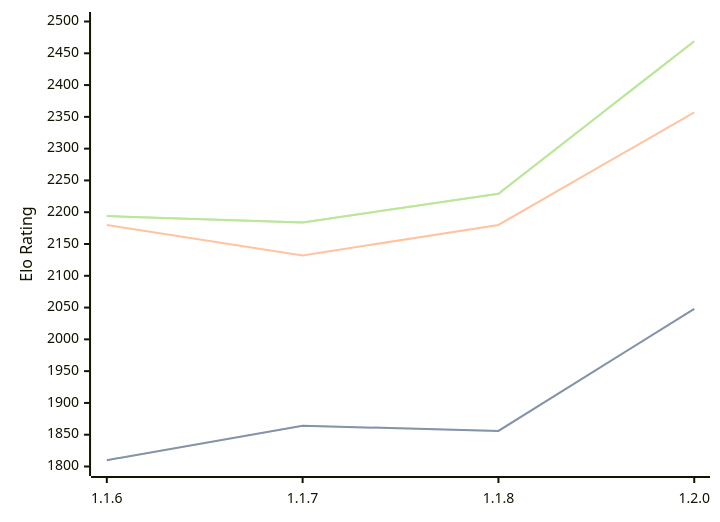
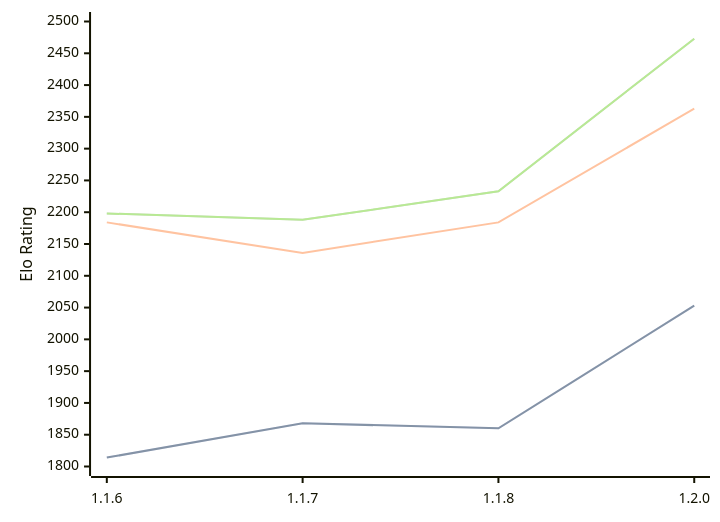
The diagram in engines/Soomi.md (computer-chess-index/cci), drawn with Mermaid before and after one commit. The commit also changed other lines of this file, not shown here.

Commit message:
Update CCI Ratings (ELO VLTC) - 2026-04-18

````diff
--- a/engines/Soomi.md
+++ b/engines/Soomi.md
@@ -34,11 +34,11 @@
 ```mermaid
 %%{init: {"theme":"base","themeVariables":{"seriesColors:['#a3a3a3','#222221','#faa371']}}}%%
 xychart-beta
   x-axis ["1.1.6", "1.1.7", "1.1.8", "1.2.0"]
   y-axis "Elo Rating" 1800 --> 2500
-  line "STC (8.0+0.08s)" [1810, 1864, 1856, 2048]
-  line "STC (8.0+0.08s)" [1810, 1864, 1856, 2048]
-  line "LTC (60.0+0.60s)" [2180, 2132, 2180, 2357]
-  line "VLTC (2m24s+1.12s)" [2194, 2184, 2229, 2469]
-  line "VLTC (2m24s+1.12s)" [2194, 2184, 2229, 2469]
+  line "STC (8.0+0.08s)" [1814, 1868, 1860, 2053]
+  line "STC (8.0+0.08s)" [1814, 1868, 1860, 2053]
+  line "LTC (60.0+0.60s)" [2184, 2136, 2184, 2363]
+  line "VLTC (2m24s+1.12s)" [2198, 2188, 2233, 2473]
+  line "VLTC (2m24s+1.12s)" [2198, 2188, 2233, 2473]
 ```
````
